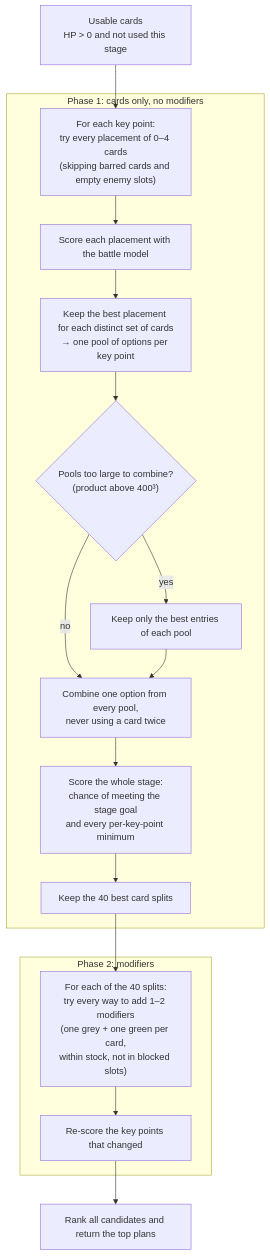
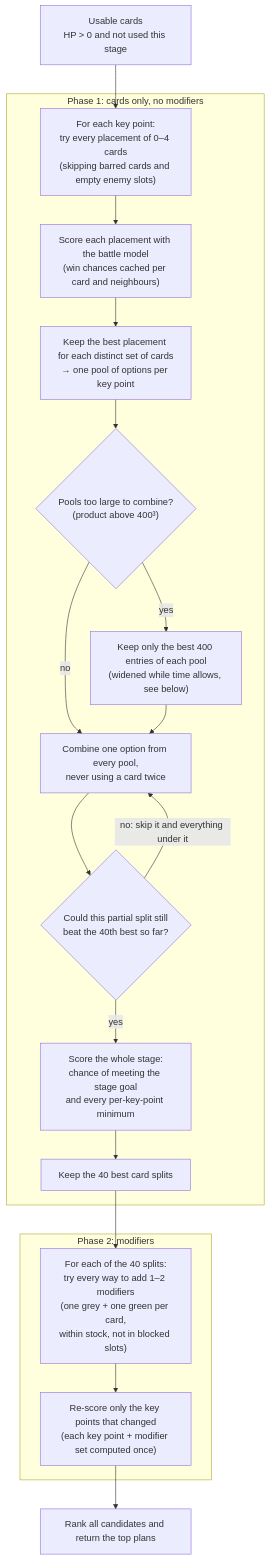
Before and after one commit to zobayer1/wowscardsolver: the second of 3 diagrams in docs/SOLVER.md, drawn with Mermaid. The commit also changed other lines of this file and 20 other files, not shown here.

````diff
--- a/docs/SOLVER.md
+++ b/docs/SOLVER.md
@@ -27,25 +33,27 @@
 ```mermaid
 flowchart TD
     A["Usable cards<br/>HP > 0 and not used this stage"] --> B
 
     subgraph P1 ["Phase 1: cards only, no modifiers"]
         B["For each key point:<br/>try every placement of 0–4 cards<br/>(skipping barred cards and empty enemy slots)"]
-        B --> C["Score each placement with the battle model"]
+        B --> C["Score each placement with the battle model<br/>(win chances cached per card and neighbours)"]
         C --> D["Keep the best placement for each distinct set of cards<br/>→ one pool of options per key point"]
         D --> T{"Pools too large to combine?<br/>(product above 400³)"}
-        T -- yes --> T2["Keep only the best entries of each pool"]
+        T -- yes --> T2["Keep only the best 400 entries of each pool<br/>(widened while time allows, see below)"]
         T -- no --> X
         T2 --> X["Combine one option from every pool,<br/>never using a card twice"]
-        X --> Y["Score the whole stage:<br/>chance of meeting the stage goal<br/>and every per-key-point minimum"]
+        X --> BB{"Could this partial split still<br/>beat the 40th best so far?"}
+        BB -- "no: skip it and everything under it" --> X
+        BB -- yes --> Y["Score the whole stage:<br/>chance of meeting the stage goal<br/>and every per-key-point minimum"]
         Y --> Z["Keep the 40 best card splits"]
     end
 
     Z --> M1
 
     subgraph P2 ["Phase 2: modifiers"]
         M1["For each of the 40 splits:<br/>try every way to add 1–2 modifiers<br/>(one grey + one green per card,<br/>within stock, not in blocked slots)"]
-        M1 --> M2["Re-score the key points that changed"]
+        M1 --> M2["Re-score only the key points that changed<br/>(each key point + modifier set computed once)"]
     end
 
     M2 --> O["Rank all candidates and return the top plans"]
 ```
````
